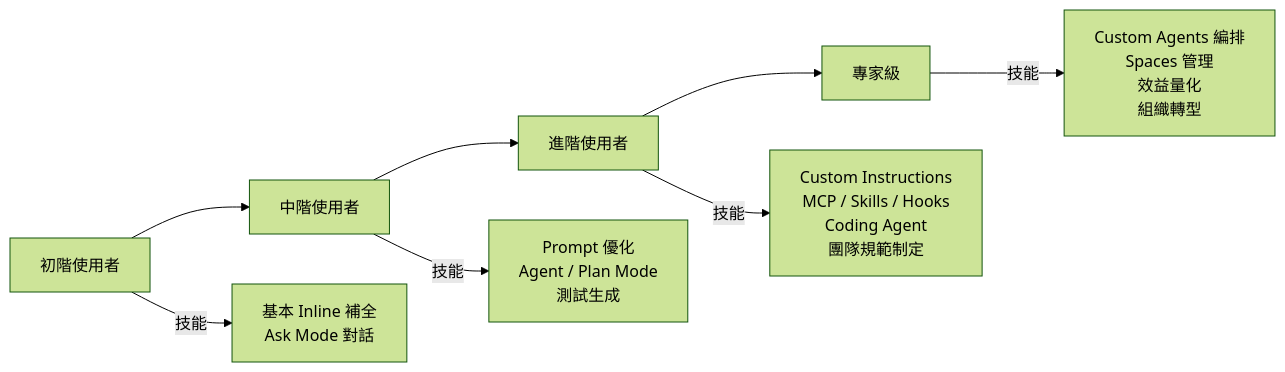
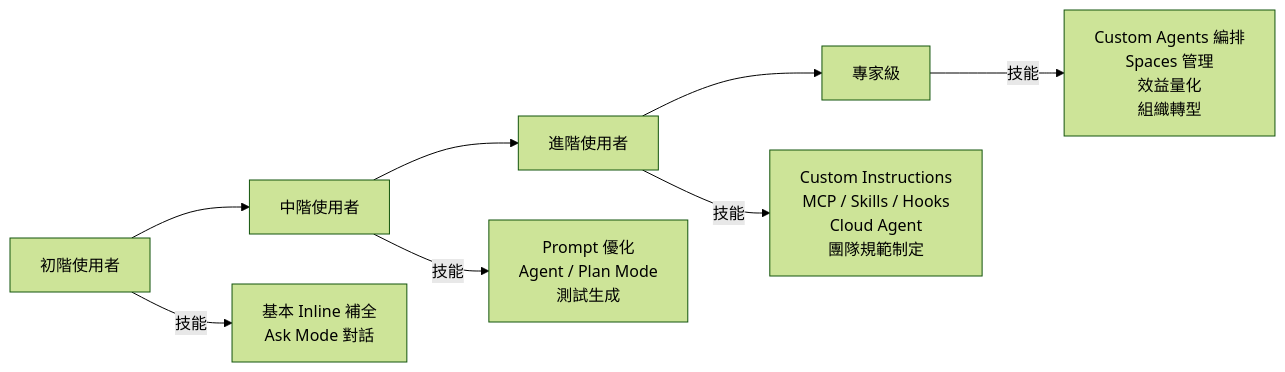
One commit to chihhung/Blog changed diagram 24 of 24 in content/posts/教學/AI開發/github copilot生態圈教學手冊.md. Above: the diagram before and after it, drawn with Mermaid (forest theme). The commit also changed other lines of this file and 1 other file, not shown here.

````diff
--- a/content/posts/教學/AI開發/github copilot生態圈教學手冊.md
+++ b/content/posts/教學/AI開發/github copilot生態圈教學手冊.md
@@ -3629,11 +3783,11 @@
 ```mermaid
 graph LR
     A[初階使用者] --> B[中階使用者]
     B --> C[進階使用者]
     C --> D[專家級]
     
     A -->|技能| A1[基本 Inline 補全<br/>Ask Mode 對話]
     B -->|技能| B1[Prompt 優化<br/>Agent / Plan Mode<br/>測試生成]
-    C -->|技能| C1[Custom Instructions<br/>MCP / Skills / Hooks<br/>Coding Agent<br/>團隊規範制定]
+    C -->|技能| C1[Custom Instructions<br/>MCP / Skills / Hooks<br/>Cloud Agent<br/>團隊規範制定]
     D -->|技能| D1[Custom Agents 編排<br/>Spaces 管理<br/>效益量化<br/>組織轉型]
 ```
````
